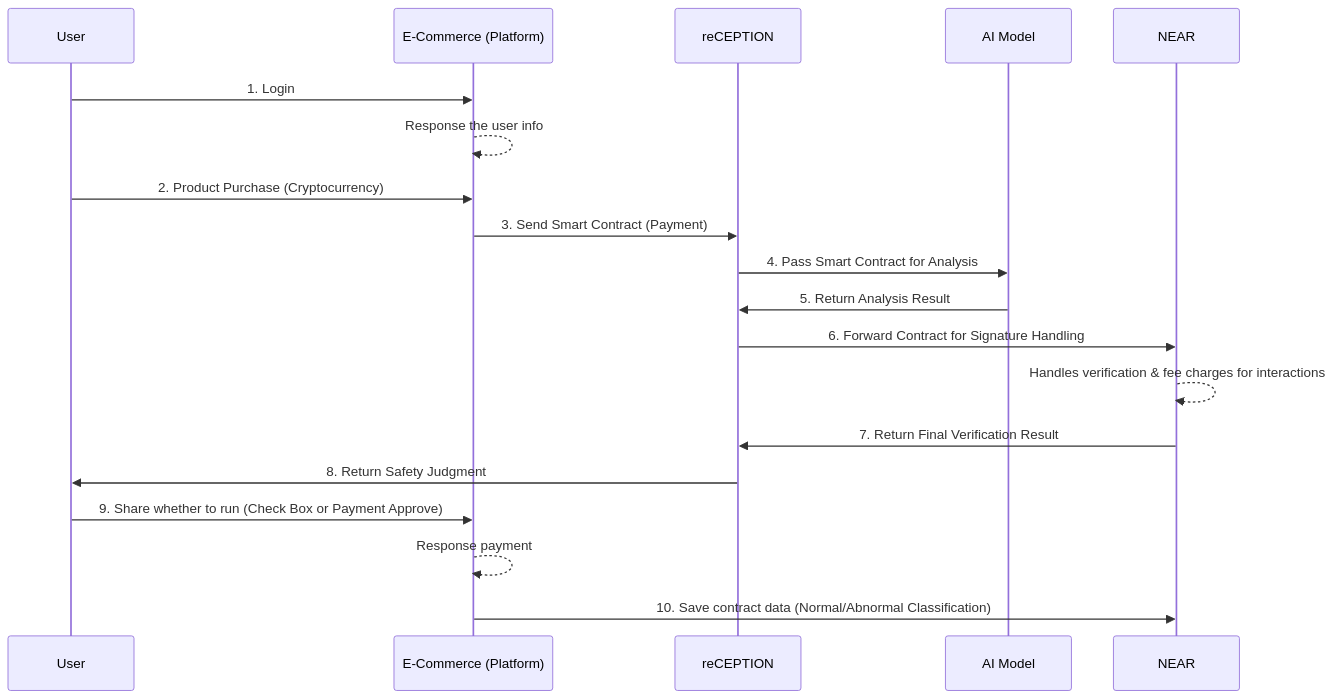
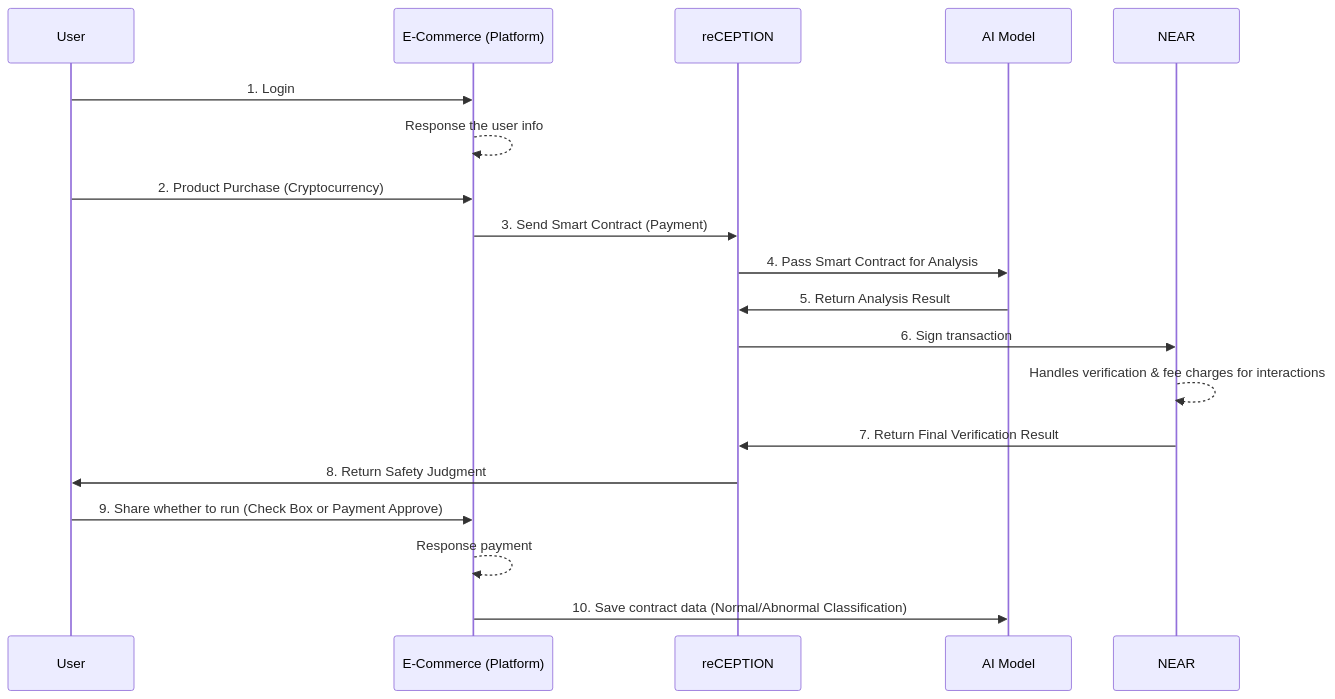
One commit to Julius-Ky/reCeption changed the first of 3 diagrams in README.md. Above: the diagram before and after it, drawn with Mermaid.

````diff
--- a/README.md
+++ b/README.md
@@ -62,22 +62,22 @@
 ```mermaid
 sequenceDiagram
 participant User
 participant E-Commerce as E-Commerce (Platform)
 participant reCEPTION
 participant AI as AI Model
 participant NEAR
 
 User ->> E-Commerce: 1. Login
 E-Commerce -->> E-Commerce: Response the user info
 User ->> E-Commerce: 2. Product Purchase (Cryptocurrency)
 E-Commerce ->> reCEPTION: 3. Send Smart Contract (Payment)
 reCEPTION ->> AI: 4. Pass Smart Contract for Analysis
 AI ->> reCEPTION: 5. Return Analysis Result
-reCEPTION ->> NEAR: 6. Forward Contract for Signature Handling
+reCEPTION ->> NEAR: 6. Sign transaction
 NEAR -->> NEAR: Handles verification & fee charges for interactions
 NEAR ->> reCEPTION: 7. Return Final Verification Result
 reCEPTION ->> User: 8. Return Safety Judgment
 User ->> E-Commerce: 9. Share whether to run (Check Box or Payment Approve)
 E-Commerce -->> E-Commerce: Response payment
-E-Commerce ->> NEAR: 10. Save contract data (Normal/Abnormal Classification)
+E-Commerce ->> AI: 10. Save contract data (Normal/Abnormal Classification)
 ```
````
